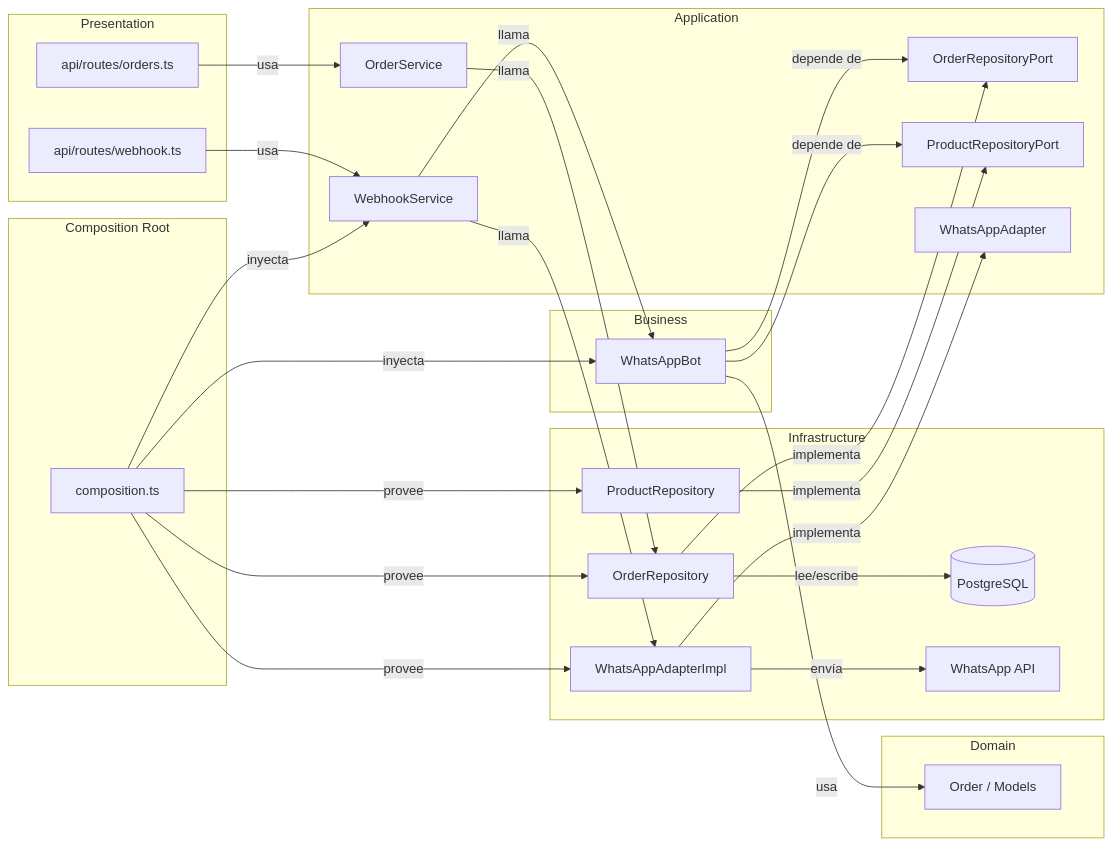
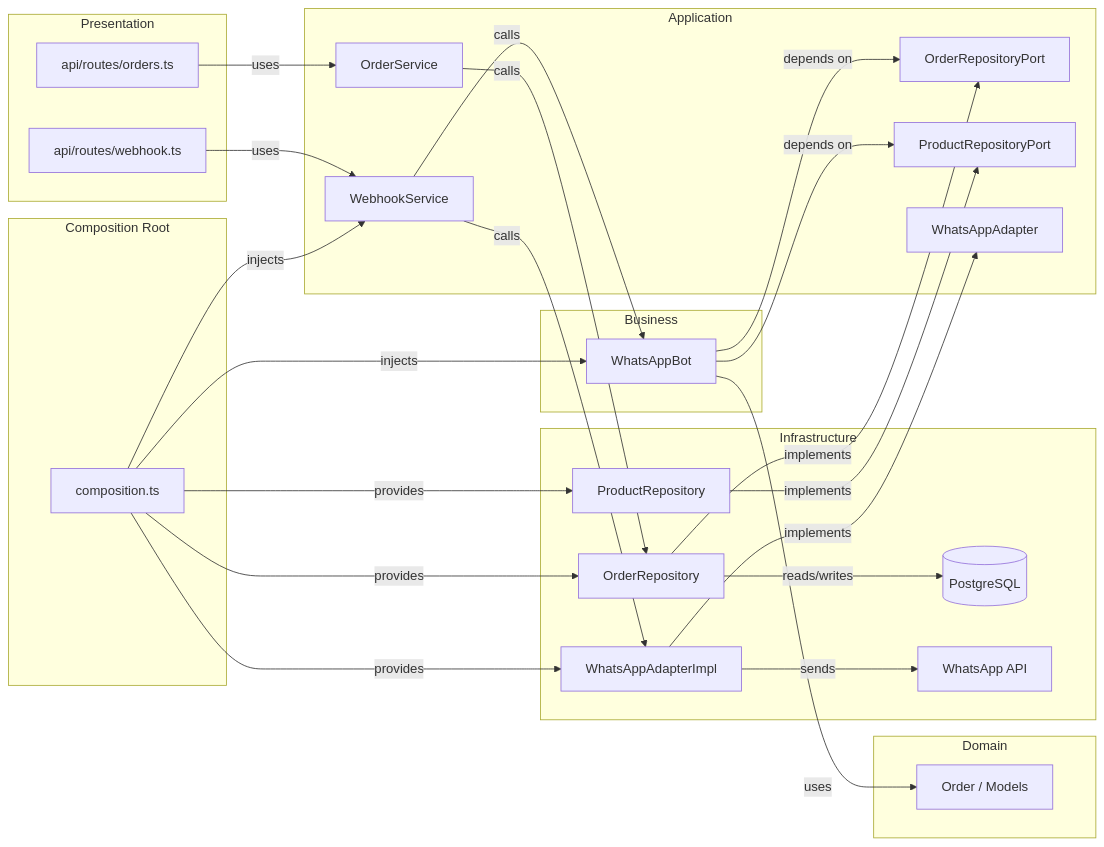
One commit to Jhon6723/shanti-food-bot changed the diagram in docs/PORTS_ADAPTERS.md. Above: the diagram before and after it, drawn with Mermaid. The commit also changed other lines of this file and 5 other files, not shown here.

````diff
--- a/docs/PORTS_ADAPTERS.md
+++ b/docs/PORTS_ADAPTERS.md
@@ -150,54 +150,54 @@
 ```mermaid
 graph LR
     subgraph "Presentation"
         OR["api/routes/orders.ts"]
         WH["api/routes/webhook.ts"]
     end
 
     subgraph "Application"
         OS["OrderService"]
         WS["WebhookService"]
         ORP["OrderRepositoryPort"]
         PRP["ProductRepositoryPort"]
         WAP["WhatsAppAdapter"]
     end
 
     subgraph "Business"
         BOT["WhatsAppBot"]
     end
 
     subgraph "Domain"
         DOM["Order / Models"]
     end
 
     subgraph "Infrastructure"
         ORI["OrderRepository"]
         PRI["ProductRepository"]
         WAA["WhatsAppAdapterImpl"]
         DB[(PostgreSQL)]
         WAPI["WhatsApp API"]
     end
 
     subgraph "Composition Root"
         COMP["composition.ts"]
     end
 
-    OR -->|usa| OS
-    WH -->|usa| WS
-    OS -->|llama| ORI
-    WS -->|llama| BOT
-    WS -->|llama| WAA
-    BOT -->|depende de| ORP
-    BOT -->|depende de| PRP
-    ORI -->|implementa| ORP
-    PRI -->|implementa| PRP
-    WAA -->|implementa| WAP
-    ORI -->|lee/escribe| DB
-    WAA -->|envía| WAPI
-    COMP -->|inyecta| BOT
-    COMP -->|inyecta| WS
-    COMP -->|provee| ORI
-    COMP -->|provee| PRI
-    COMP -->|provee| WAA
-    BOT -->|usa| DOM
+    OR -->|uses| OS
+    WH -->|uses| WS
+    OS -->|calls| ORI
+    WS -->|calls| BOT
+    WS -->|calls| WAA
+    BOT -->|depends on| ORP
+    BOT -->|depends on| PRP
+    ORI -->|implements| ORP
+    PRI -->|implements| PRP
+    WAA -->|implements| WAP
+    ORI -->|reads/writes| DB
+    WAA -->|sends| WAPI
+    COMP -->|injects| BOT
+    COMP -->|injects| WS
+    COMP -->|provides| ORI
+    COMP -->|provides| PRI
+    COMP -->|provides| WAA
+    BOT -->|uses| DOM
 ```
````
